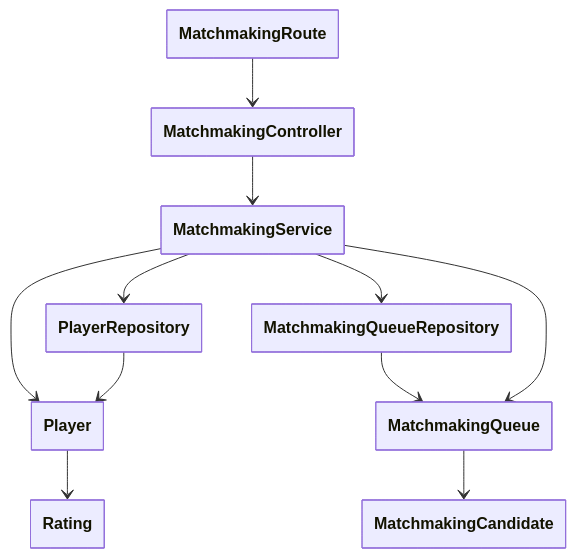
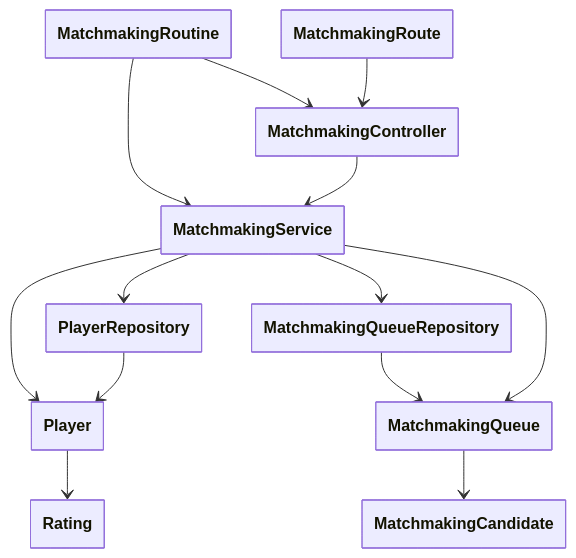
One commit to AndreaB2000/ASW-project changed the fifth of 6 diagrams in docs/report.md. Above: the diagram before and after it, drawn with Mermaid. The commit also changed 5 other files, not shown here.

Commit message:
feat: add matchmaking routine

````diff
--- a/docs/report.md
+++ b/docs/report.md
@@ -458,29 +458,32 @@
 ```mermaid
 ---
   config:
     class:
       hideEmptyMembersBox: true
 ---
 
 classDiagram
     class MatchmakingRoute
+    class MatchmakingRoutine
     class MatchmakingController
     class MatchmakingService
     class Player
     class Rating
     class PlayerRepository
     class MatchmakingQueueRepository
     class MatchmakingQueue
     class MatchmakingCandidate
 
+    MatchmakingRoutine --> MatchmakingController
+    MatchmakingRoutine --> MatchmakingService
     MatchmakingRoute --> MatchmakingController
     MatchmakingController --> MatchmakingService
     MatchmakingService --> Player
     MatchmakingService --> PlayerRepository
     PlayerRepository --> Player
     Player --> Rating
     MatchmakingService --> MatchmakingQueueRepository
     MatchmakingQueueRepository --> MatchmakingQueue
     MatchmakingService --> MatchmakingQueue
     MatchmakingQueue --> MatchmakingCandidate
 ```
````
